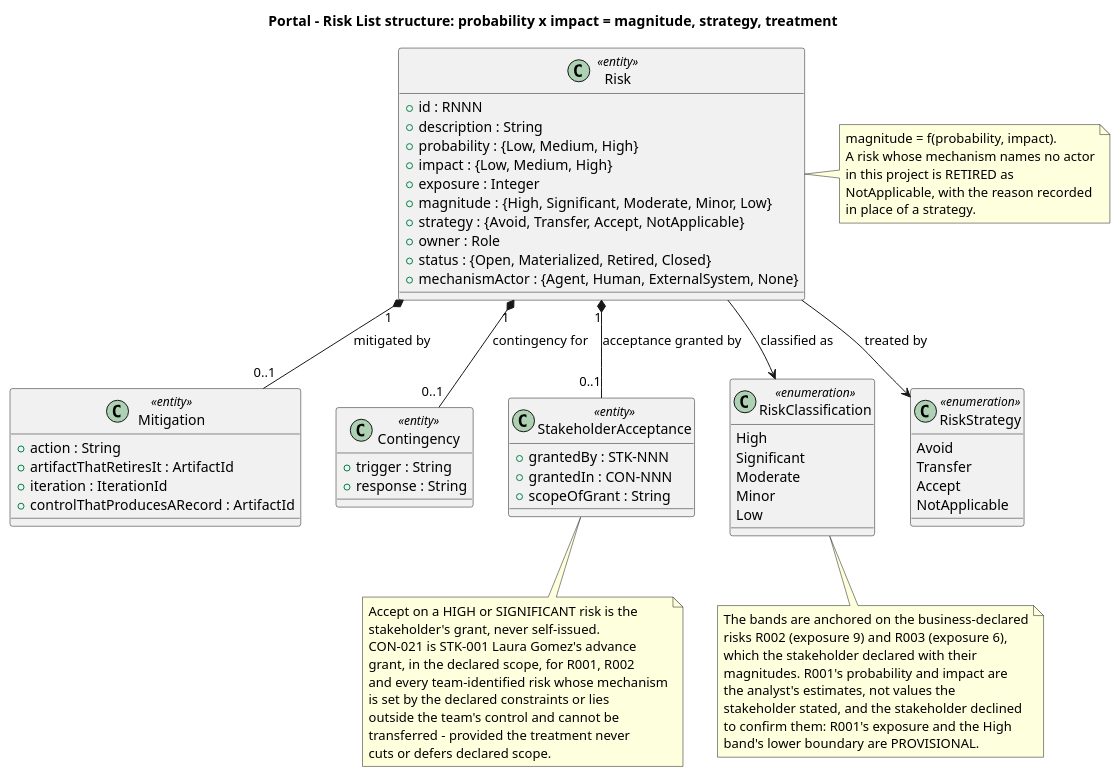
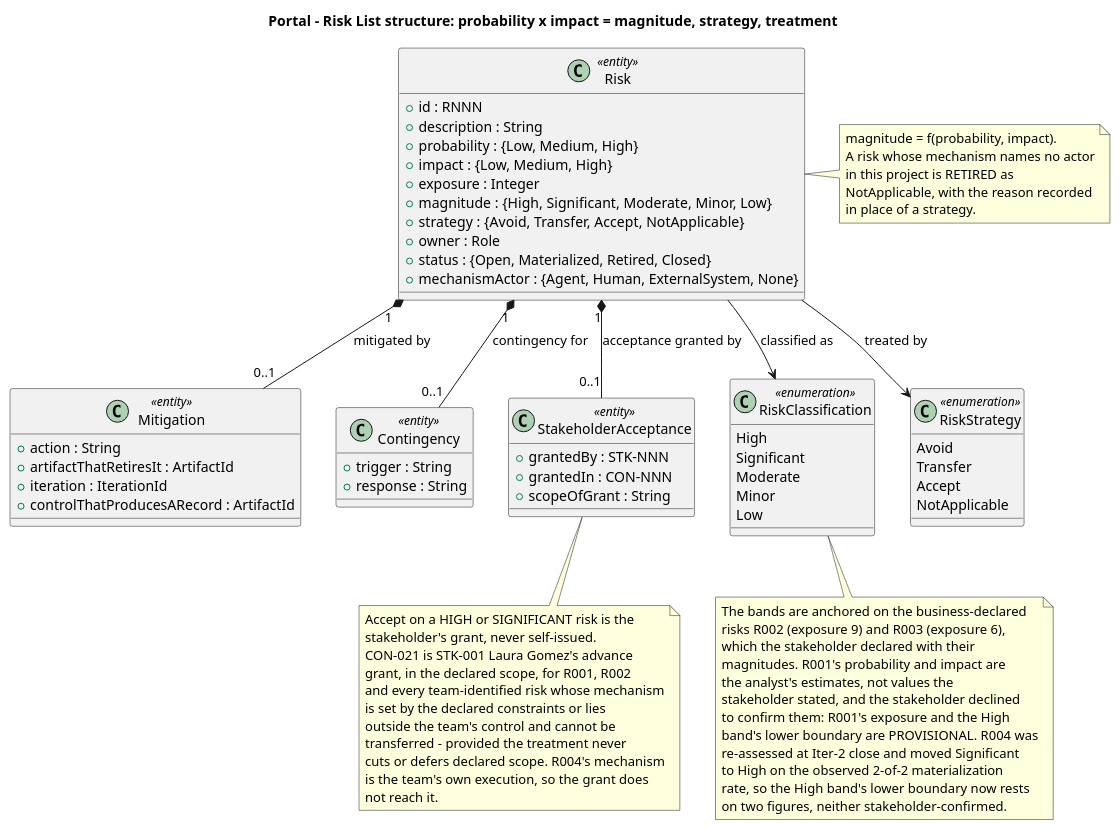
One commit to banense-test/portal changed the diagram in docs/artifacts/project-management/risk-list.md. Above: the diagram before and after it, drawn with PlantUML. The commit also changed other lines of this file, not shown here.

Commit message:
Project Manager [I2]: upsert Risk List
[skip ci]

````diff
--- a/docs/artifacts/project-management/risk-list.md
+++ b/docs/artifacts/project-management/risk-list.md
@@ -92,7 +93,11 @@
   the analyst's estimates, not values the
   stakeholder stated, and the stakeholder declined
   to confirm them: R001's exposure and the High
-  band's lower boundary are PROVISIONAL.
+  band's lower boundary are PROVISIONAL. R004 was
+  re-assessed at Iter-2 close and moved Significant
+  to High on the observed 2-of-2 materialization
+  rate, so the High band's lower boundary now rests
+  on two figures, neither stakeholder-confirmed.
 end note
 
 note bottom of ACC
@@ -104,7 +109,9 @@
   is set by the declared constraints or lies
   outside the team's control and cannot be
   transferred - provided the treatment never
-  cuts or defers declared scope.
+  cuts or defers declared scope. R004's mechanism
+  is the team's own execution, so the grant does
+  not reach it.
 end note
 @enduml
 ```
````
